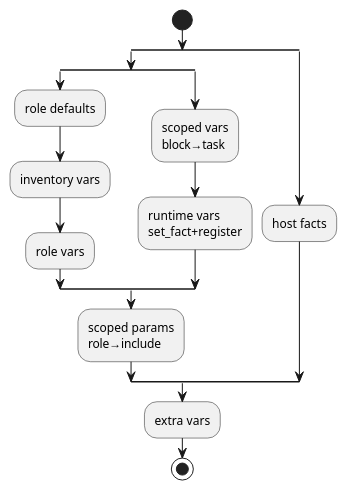
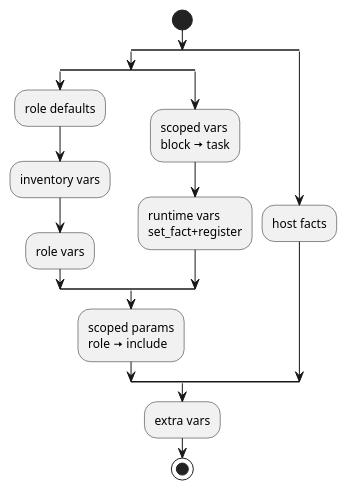
One commit to redhat-cop/automation-good-practices changed the diagram in images/variable_precedences.plantuml. Above: the diagram before and after it, drawn with PlantUML.

Commit message:
Use OpenIconic (#93)
Use OpenIconinc from Creole (https://plantuml.com/creole) instead of the symbol to ensure proper rendering.

```diff
--- a/images/variable_precedences.plantuml
+++ b/images/variable_precedences.plantuml
@@ -1,21 +1,21 @@
 @startuml
 start
 split
 	split
 		:role defaults;
 		:inventory vars;
 		:role vars;
 	split again
 		:scoped vars
-		block→task;
+		block <&arrow-right> task;
 		:runtime vars
 		set_fact+register;
 	end split
 	:scoped params
-	role→include;
+	role <&arrow-right> include;
 split again
 	:host facts;
 end split
 :extra vars;
 stop
 @enduml
```
